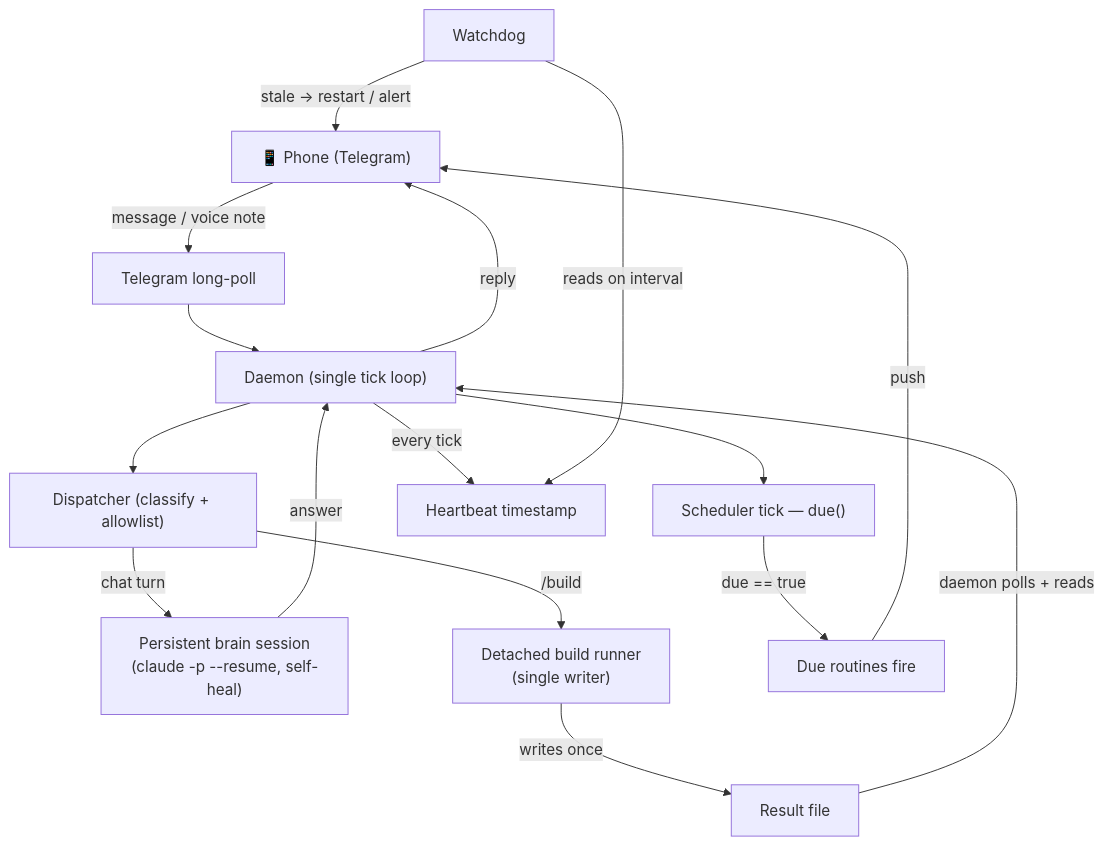
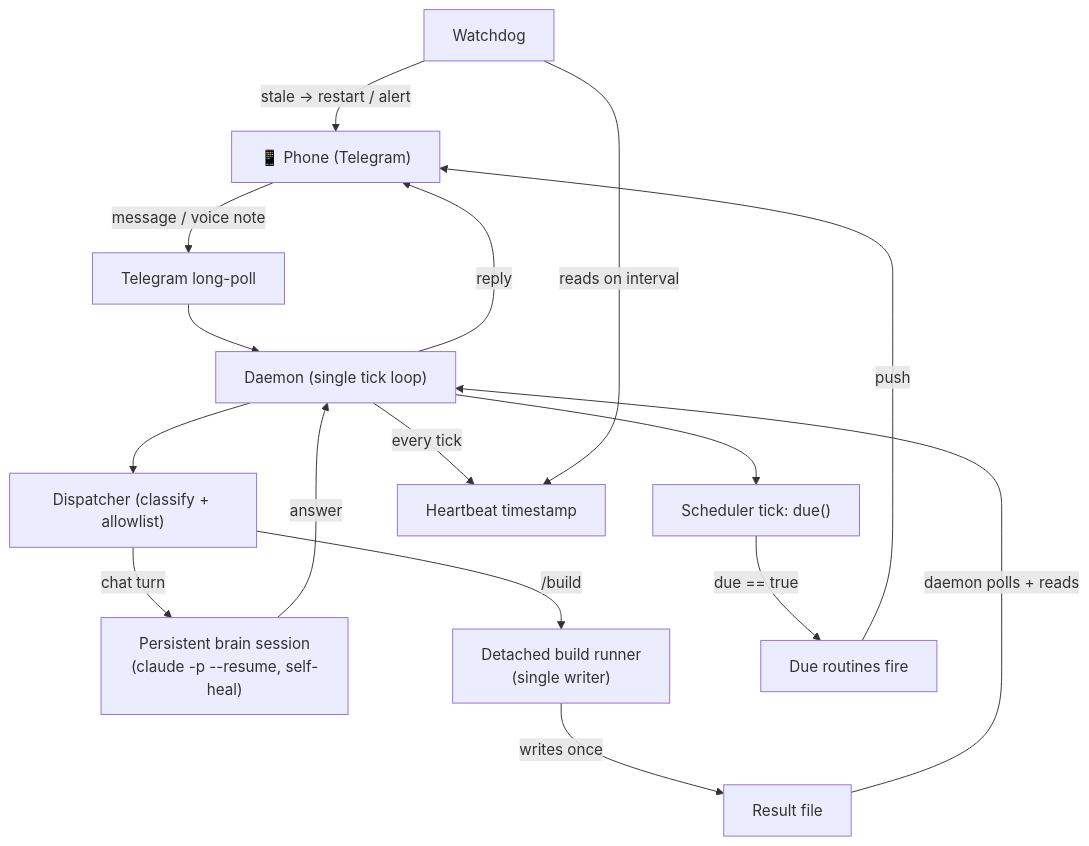
One commit to Jott2121/bow changed the diagram in README.md. Above: the diagram before and after it, drawn with Mermaid. The commit also changed other lines of this file, not shown here.

````diff
--- a/README.md
+++ b/README.md
@@ -44,35 +45,35 @@
 ```mermaid
 flowchart TD
     phone["📱 Phone (Telegram)"]
     lp["Telegram long-poll"]
     daemon["Daemon (single tick loop)"]
     disp["Dispatcher (classify + allowlist)"]
     brain["Persistent brain session<br/>(claude -p --resume, self-heal)"]
     build["Detached build runner<br/>(single writer)"]
     result["Result file"]
-    sched["Scheduler tick — due()"]
+    sched["Scheduler tick: due()"]
     routines["Due routines fire"]
     wd["Watchdog"]
     hb["Heartbeat timestamp"]
 
     phone -->|message / voice note| lp
     lp --> daemon
     daemon --> disp
 
     disp -->|chat turn| brain
     brain -->|answer| daemon
 
     disp -->|/build| build
     build -->|writes once| result
     result -->|daemon polls + reads| daemon
 
     daemon -->|reply| phone
 
     daemon --> sched
     sched -->|due == true| routines
     routines -->|push| phone
 
     daemon -->|every tick| hb
     wd -->|reads on interval| hb
     wd -->|stale → restart / alert| phone
 ```
````
